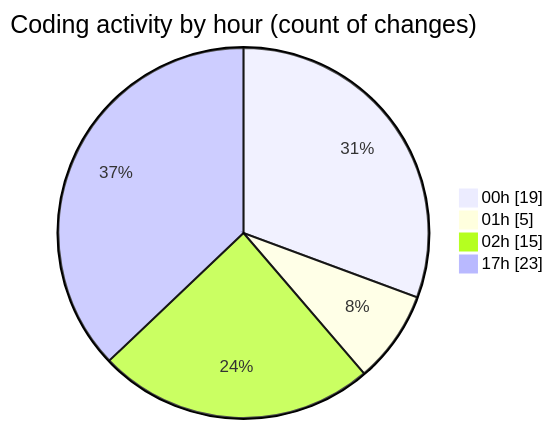
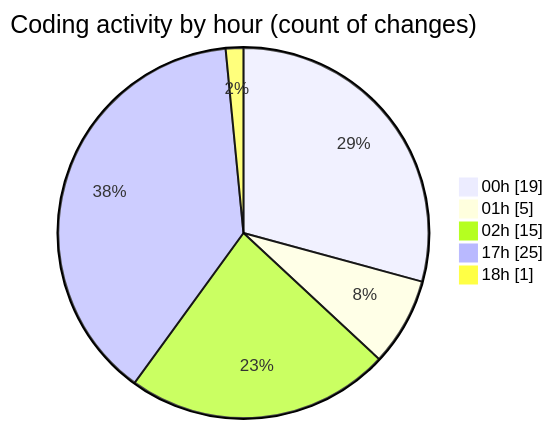
Before and after one commit to Elitesun/code-tracking: the second of 2 diagrams in 2025-02-14/elitegpt/README.md, drawn with Mermaid. The commit also changed other lines of this file and 1 other file, not shown here.

````diff
--- a/2025-02-14/elitegpt/README.md
+++ b/2025-02-14/elitegpt/README.md
@@ -43,8 +43,9 @@
 ```mermaid
 pie showData
 title Coding activity by hour (count of changes)
 "00h" : 19
 "01h" : 5
 "02h" : 15
-"17h" : 23
+"17h" : 25
+"18h" : 1
 ```
````
